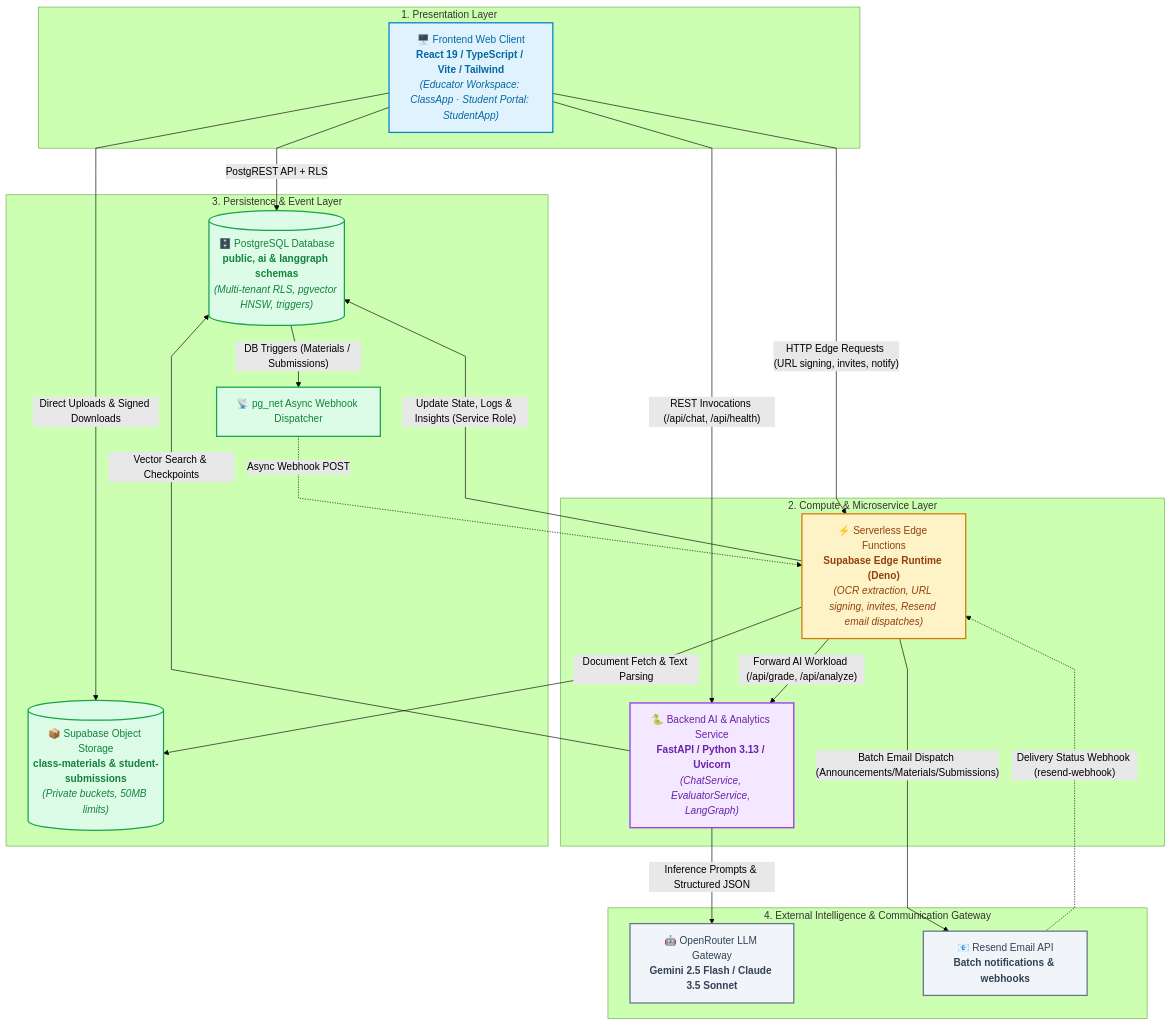
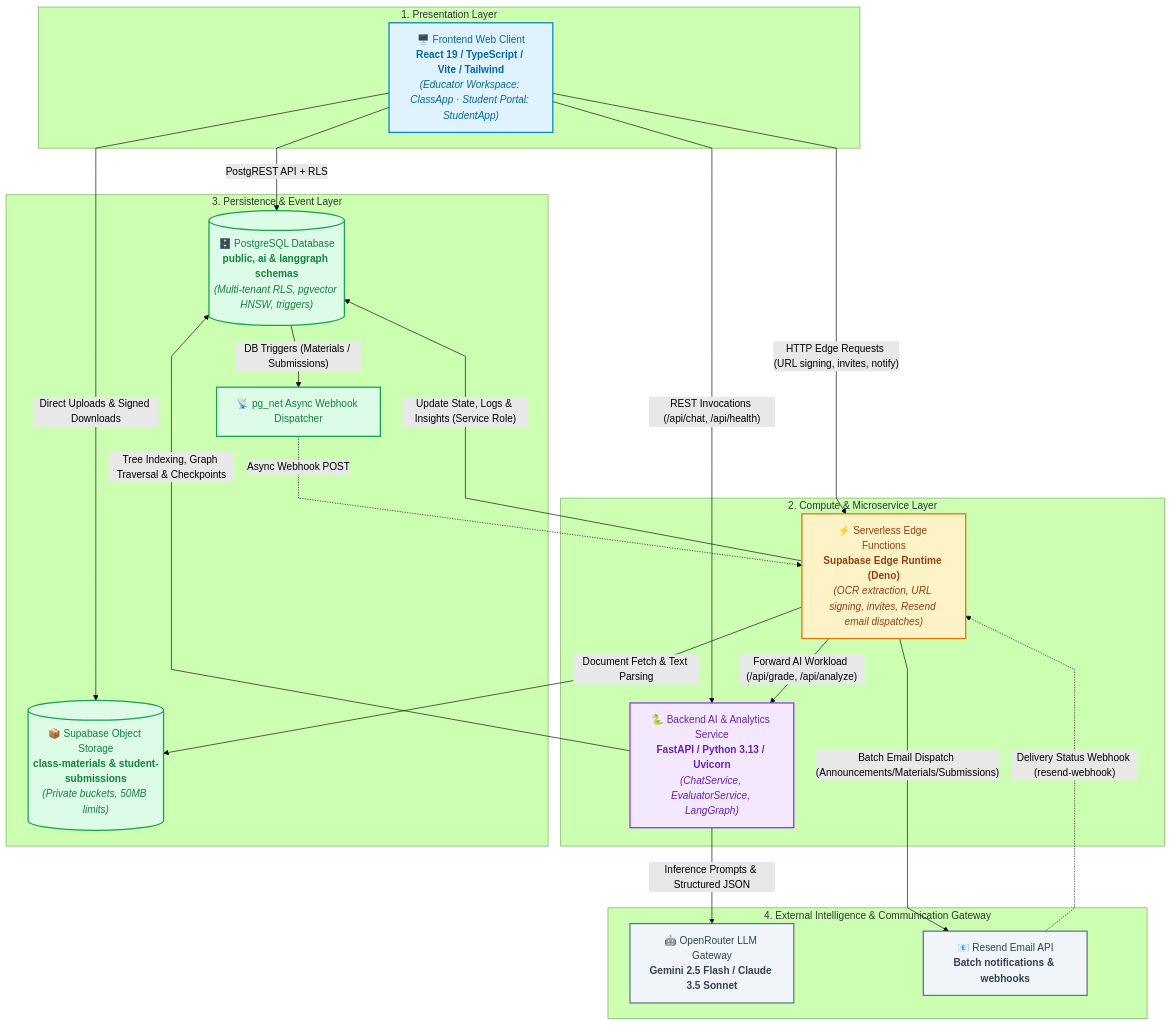
One commit to VictorBravo9er/Teacher-Assistant-Workspace changed the first of 6 diagrams in docs/systems/README.md. Above: the diagram before and after it, drawn with Mermaid (forest theme). The commit also changed other lines of this file and 11 other files, not shown here.

Commit message:
docs(knowledge-store): synchronize macro and micro documentation for dual-engine knowledge architecture

````diff
--- a/docs/systems/README.md
+++ b/docs/systems/README.md
@@ -11,49 +11,49 @@
 ```mermaid
 %%{init: {'flowchart': {'curve': 'linear'}}}%%
 flowchart TD
     %% Styling Classes
     classDef client fill:#e0f2fe,stroke:#0284c7,stroke-width:2px,color:#0369a1;
     classDef edge fill:#fef3c7,stroke:#d97706,stroke-width:2px,color:#92400e;
     classDef backend fill:#f3e8ff,stroke:#9333ea,stroke-width:2px,color:#6b21a8;
     classDef data fill:#dcfce7,stroke:#16a34a,stroke-width:2px,color:#15803d;
     classDef external fill:#f1f5f9,stroke:#64748b,stroke-width:2px,color:#334155;
 
     subgraph Tier1["1. Presentation Layer"]
         ClientApp["🖥️ Frontend Web Client<br/><b>React 19 / TypeScript / Vite / Tailwind</b><br/><i>(Educator Workspace: ClassApp · Student Portal: StudentApp)</i>"]:::client
     end
 
     subgraph Tier2["2. Compute & Microservice Layer"]
         EdgeFunctions["⚡ Serverless Edge Functions<br/><b>Supabase Edge Runtime (Deno)</b><br/><i>(OCR extraction, URL signing, invites, Resend email dispatches)</i>"]:::edge
         FastAPIService["🐍 Backend AI & Analytics Service<br/><b>FastAPI / Python 3.13 / Uvicorn</b><br/><i>(ChatService, EvaluatorService, LangGraph)</i>"]:::backend
     end
 
     subgraph Tier3["3. Persistence & Event Layer"]
         PostgresDB[("🗄️ PostgreSQL Database<br/><b>public, ai & langgraph schemas</b><br/><i>(Multi-tenant RLS, pgvector HNSW, triggers)</i>")]:::data
         StorageBuckets[("📦 Supabase Object Storage<br/><b>class-materials & student-submissions</b><br/><i>(Private buckets, 50MB limits)</i>")]:::data
         PgNetQueue["📡 pg_net Async Webhook Dispatcher"]:::data
     end
 
     subgraph Tier4["4. External Intelligence & Communication Gateway"]
         OpenRouterLLM["🤖 OpenRouter LLM Gateway<br/><b>Gemini 2.5 Flash / Claude 3.5 Sonnet</b>"]:::external
         ResendAPI["📧 Resend Email API<br/><b>Batch notifications & webhooks</b>"]:::external
     end
 
     %% Client Traffic
     ClientApp -->|"PostgREST API + RLS"| PostgresDB
     ClientApp -->|"Direct Uploads & Signed Downloads"| StorageBuckets
     ClientApp -->|"REST Invocations (/api/chat, /api/health)"| FastAPIService
     ClientApp -->|"HTTP Edge Requests (URL signing, invites, notify)"| EdgeFunctions
 
     %% Asynchronous Event Pipeline
     PostgresDB -->|"DB Triggers (Materials / Submissions)"| PgNetQueue
     PgNetQueue -.->|"Async Webhook POST"| EdgeFunctions
     EdgeFunctions -->|"Document Fetch & Text Parsing"| StorageBuckets
     EdgeFunctions -->|"Forward AI Workload (/api/grade, /api/analyze)"| FastAPIService
     EdgeFunctions -->|"Update State, Logs & Insights (Service Role)"| PostgresDB
     EdgeFunctions -->|"Batch Email Dispatch (Announcements/Materials/Submissions)"| ResendAPI
     ResendAPI -.->|"Delivery Status Webhook (resend-webhook)"| EdgeFunctions
 
     %% Backend & LLM Connections
-    FastAPIService -->|"Vector Search & Checkpoints"| PostgresDB
+    FastAPIService -->|"Tree Indexing, Graph Traversal & Checkpoints"| PostgresDB
     FastAPIService -->|"Inference Prompts & Structured JSON"| OpenRouterLLM
 ```
````
